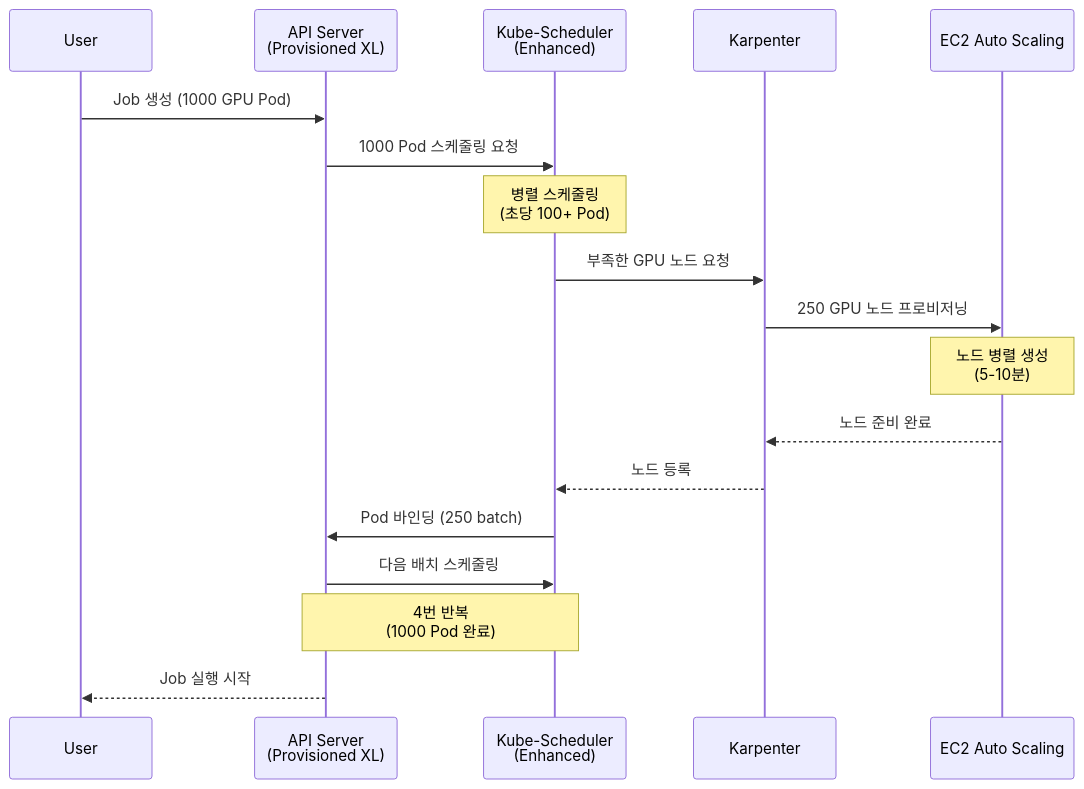
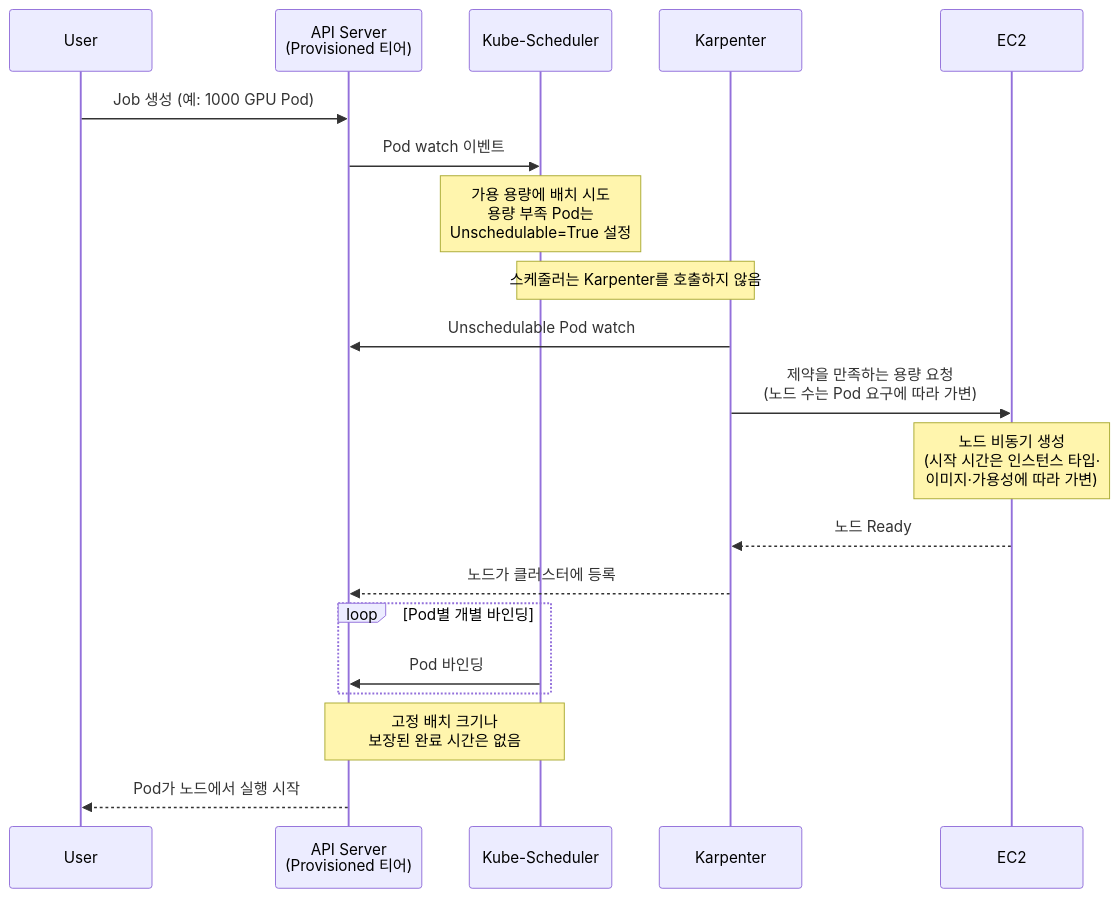
The seventh of 12 diagrams in docs/eks-best-practices/operations-reliability/eks-pod-scheduling-availability.md (devfloor9/engineering-playbook), drawn with Mermaid before and after one commit. The commit also changed other lines of this file and 1 other file, not shown here.

````diff
--- a/docs/eks-best-practices/operations-reliability/eks-pod-scheduling-availability.md
+++ b/docs/eks-best-practices/operations-reliability/eks-pod-scheduling-availability.md
@@ -3990,28 +4139,31 @@
 ```mermaid
 sequenceDiagram
     participant User
-    participant APIServer as API Server<br/>(Provisioned XL)
-    participant Scheduler as Kube-Scheduler<br/>(Enhanced)
+    participant APIServer as API Server<br/>(Provisioned 티어)
+    participant Scheduler as Kube-Scheduler
     participant Karpenter
-    participant EC2 as EC2 Auto Scaling
+    participant EC2 as EC2
 
-    User->>APIServer: Job 생성 (1000 GPU Pod)
-    APIServer->>Scheduler: 1000 Pod 스케줄링 요청
+    User->>APIServer: Job 생성 (예: 1000 GPU Pod)
+    APIServer->>Scheduler: Pod watch 이벤트
 
-    Note over Scheduler: 병렬 스케줄링<br/>(초당 100+ Pod)
+    Note over Scheduler: 가용 용량에 배치 시도<br/>용량 부족 Pod는<br/>Unschedulable=True 설정
 
-    Scheduler->>Karpenter: 부족한 GPU 노드 요청
-    Karpenter->>EC2: 250 GPU 노드 프로비저닝
+    Note over Scheduler,Karpenter: 스케줄러는 Karpenter를 호출하지 않음
 
-    Note over EC2: 노드 병렬 생성<br/>(5-10분)
+    Karpenter->>APIServer: Unschedulable Pod watch
+    Karpenter->>EC2: 제약을 만족하는 용량 요청<br/>(노드 수는 Pod 요구에 따라 가변)
 
-    EC2-->>Karpenter: 노드 준비 완료
-    Karpenter-->>Scheduler: 노드 등록
+    Note over EC2: 노드 비동기 생성<br/>(시작 시간은 인스턴스 타입·<br/>이미지·가용성에 따라 가변)
 
-    Scheduler->>APIServer: Pod 바인딩 (250 batch)
-    APIServer->>Scheduler: 다음 배치 스케줄링
+    EC2-->>Karpenter: 노드 Ready
+    Karpenter-->>APIServer: 노드가 클러스터에 등록
 
-    Note over Scheduler,APIServer: 4번 반복<br/>(1000 Pod 완료)
+    loop Pod별 개별 바인딩
+        Scheduler->>APIServer: Pod 바인딩
+    end
 
-    APIServer-->>User: Job 실행 시작
+    Note over Scheduler,APIServer: 고정 배치 크기나<br/>보장된 완료 시간은 없음
+
+    APIServer-->>User: Pod가 노드에서 실행 시작
 ```
````
